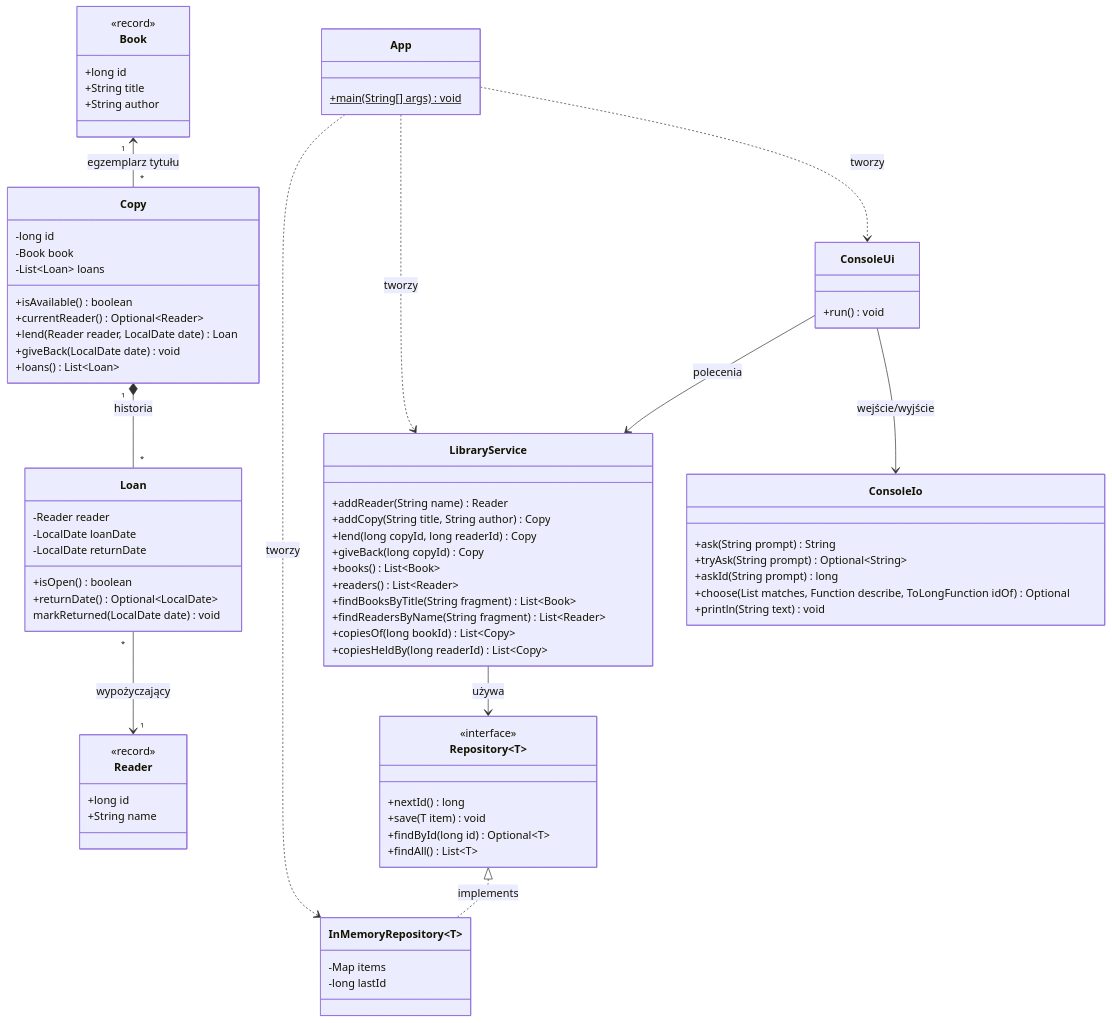
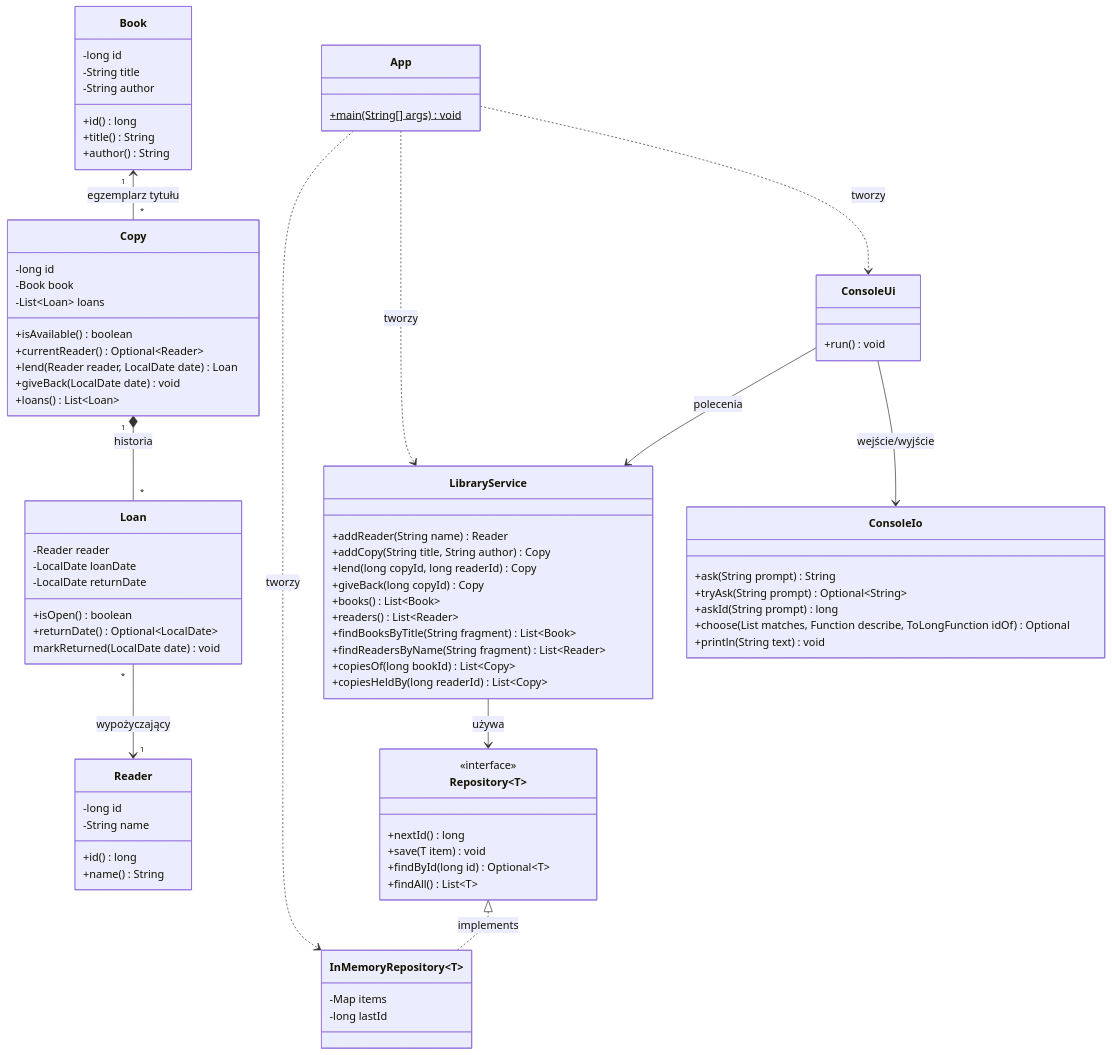
The diagram in Technologia-programowania/Lista2/zad1/docs/class-diagram.md (KLTPL/laby-sem3), drawn with Mermaid before and after one commit. The commit also changed 3 other files, not shown here.

````diff
--- a/Technologia-programowania/Lista2/zad1/docs/class-diagram.md
+++ b/Technologia-programowania/Lista2/zad1/docs/class-diagram.md
@@ -5,79 +5,82 @@
 ```mermaid
 classDiagram
   class Book {
-    <<record>>
-    +long id
-    +String title
-    +String author
+    -long id
+    -String title
+    -String author
+    +id() long
+    +title() String
+    +author() String
   }
   class Copy {
     -long id
     -Book book
     -List~Loan~ loans
     +isAvailable() boolean
     +currentReader() Optional~Reader~
     +lend(Reader reader, LocalDate date) Loan
     +giveBack(LocalDate date) void
     +loans() List~Loan~
   }
   class Loan {
     -Reader reader
     -LocalDate loanDate
     -LocalDate returnDate
     +isOpen() boolean
     +returnDate() Optional~LocalDate~
     markReturned(LocalDate date) void
   }
   class Reader {
-    <<record>>
-    +long id
-    +String name
+    -long id
+    -String name
+    +id() long
+    +name() String
   }
   class Repository~T~ {
     <<interface>>
     +nextId() long
     +save(T item) void
     +findById(long id) Optional~T~
     +findAll() List~T~
   }
   class InMemoryRepository~T~ {
     -Map items
     -long lastId
   }
   class LibraryService {
     +addReader(String name) Reader
     +addCopy(String title, String author) Copy
     +lend(long copyId, long readerId) Copy
     +giveBack(long copyId) Copy
     +books() List~Book~
     +readers() List~Reader~
     +findBooksByTitle(String fragment) List~Book~
     +findReadersByName(String fragment) List~Reader~
     +copiesOf(long bookId) List~Copy~
     +copiesHeldBy(long readerId) List~Copy~
   }
   class ConsoleUi {
     +run() void
   }
   class ConsoleIo {
     +ask(String prompt) String
     +tryAsk(String prompt) Optional~String~
     +askId(String prompt) long
     +choose(List matches, Function describe, ToLongFunction idOf) Optional
     +println(String text) void
   }
   class App {
     +main(String[] args)$ void
   }
 
   Book "1" <-- "*" Copy : egzemplarz tytułu
   Copy "1" *-- "*" Loan : historia
   Loan "*" --> "1" Reader : wypożyczający
   Repository <|.. InMemoryRepository : implements
   LibraryService --> Repository : używa
   ConsoleUi --> LibraryService : polecenia
   ConsoleUi --> ConsoleIo : wejście/wyjście
   App ..> InMemoryRepository : tworzy
   App ..> LibraryService : tworzy
   App ..> ConsoleUi : tworzy
 ```
````
